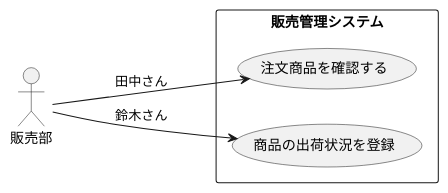
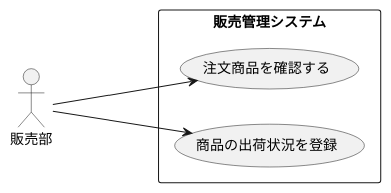
One commit to Charo249/uml_introduction changed the diagram in 演習2-5_盛岡商事_販売管理システム.pu. Above: the diagram before and after it, drawn with PlantUML.

Commit message:
ああ

```diff
--- a/演習2-5_盛岡商事_販売管理システム.pu
+++ b/演習2-5_盛岡商事_販売管理システム.pu
@@ -1,16 +1,16 @@
 @startuml ユースケース図
  left to right direction
 actor 販売部
 
 rectangle 販売管理システム{
 
 
 usecase 注文商品を確認する
 usecase 商品の出荷状況を登録
 
 }
-販売部-->注文商品を確認する:田中さん
-販売部--->商品の出荷状況を登録:鈴木さん
+販売部-->注文商品を確認する
+販売部--->商品の出荷状況を登録
 
 
 @enduml
```
